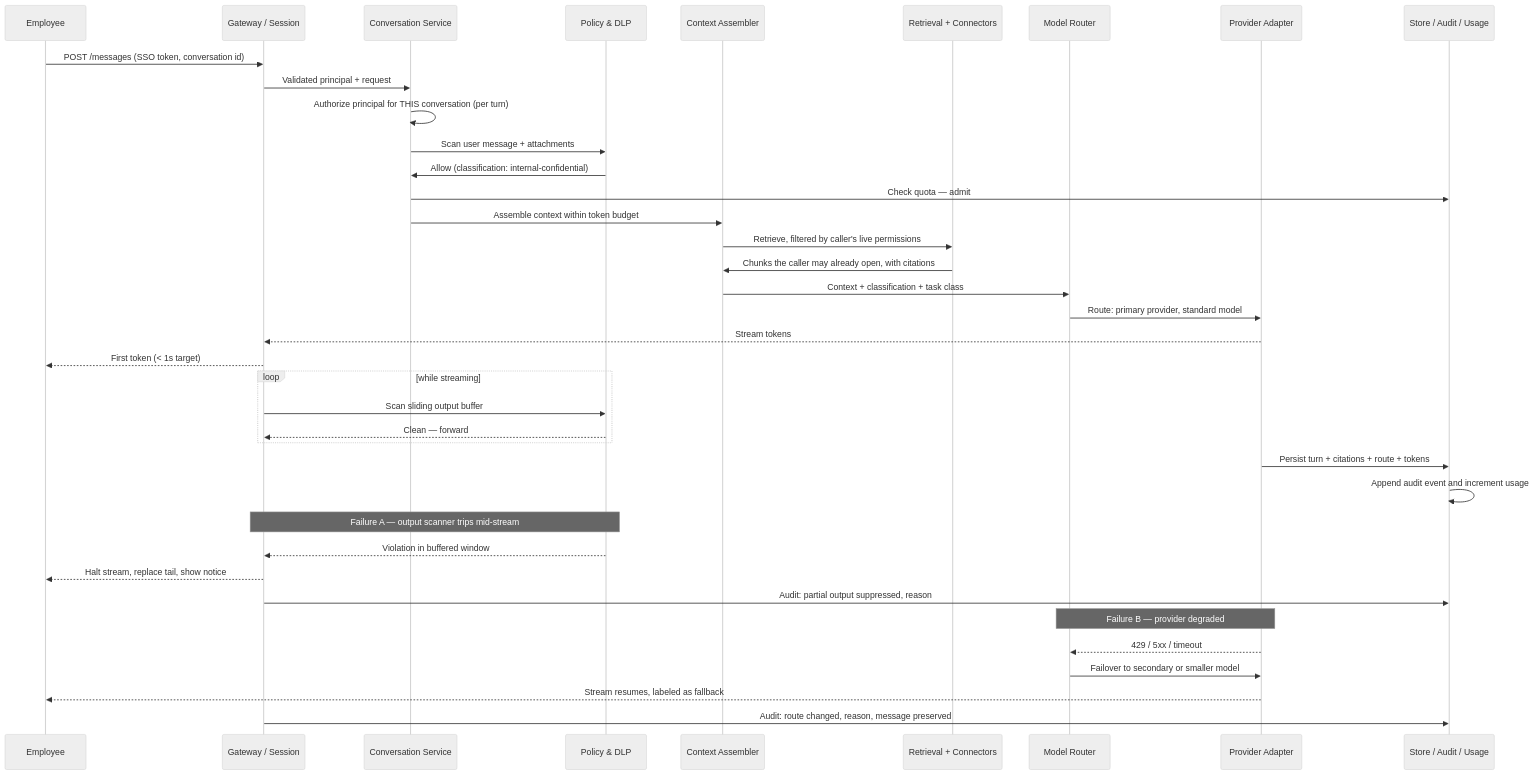
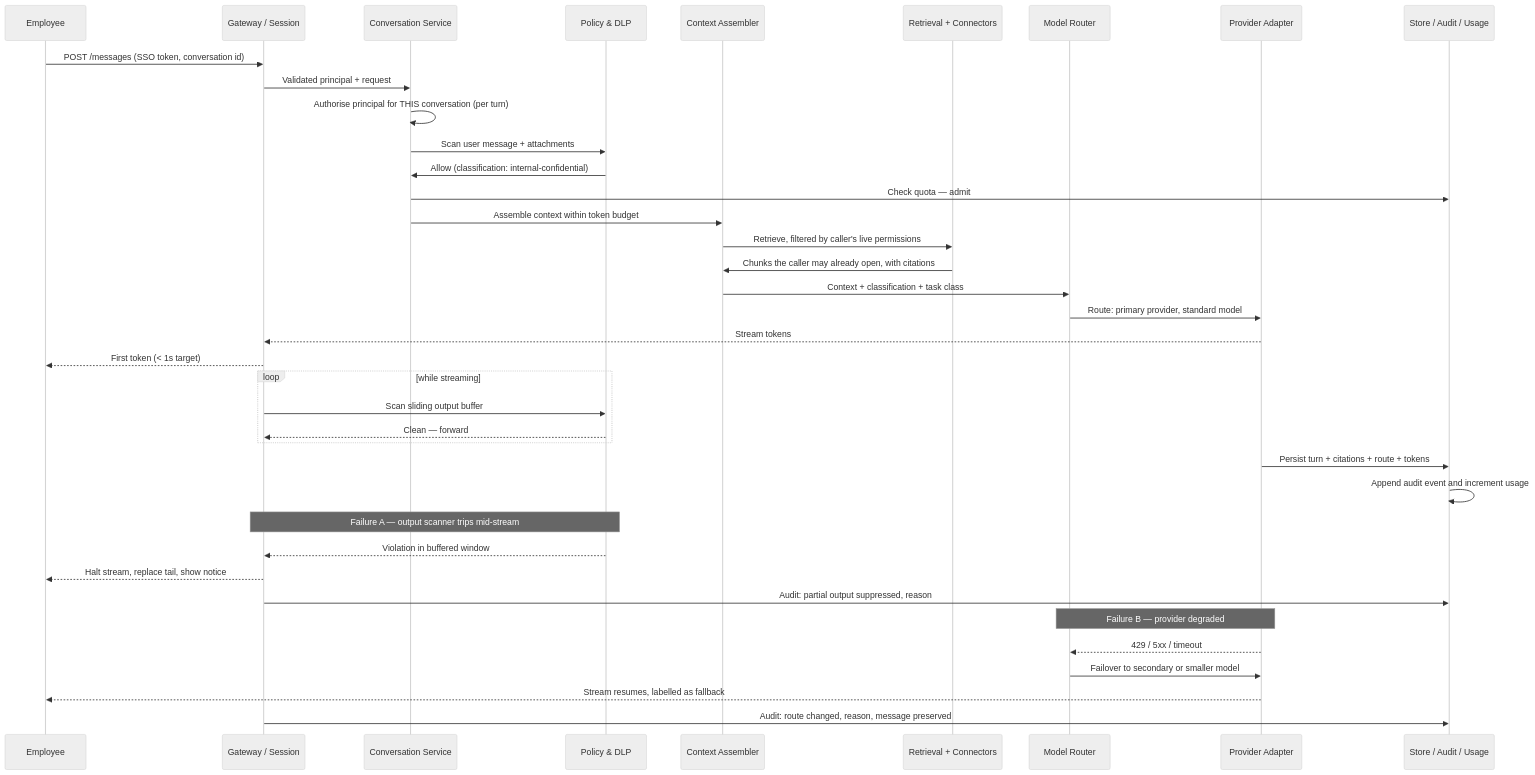
Before and after one commit to Sourav692/Forward-Deployed-Engineer-Interview-Prep: the second of 2 diagrams in site/content/modules/15-fde-case-studies/standalone-designs/enterprise-chatbot-platform/tutorial-v2-part-2.md, drawn with Mermaid (neutral theme). The commit also changed other lines of this file and 191 other files, not shown here.

First line of the commit message:
content: British spellings inside diagrams (AF-06)

````diff
--- a/site/content/modules/15-fde-case-studies/standalone-designs/enterprise-chatbot-platform/tutorial-v2-part-2.md
+++ b/site/content/modules/15-fde-case-studies/standalone-designs/enterprise-chatbot-platform/tutorial-v2-part-2.md
@@ -182,43 +182,43 @@
 ```mermaid
 sequenceDiagram
     participant U as Employee
     participant GW as Gateway / Session
     participant CS as Conversation Service
     participant P as Policy & DLP
     participant A as Context Assembler
     participant R as Retrieval + Connectors
     participant MR as Model Router
     participant PA as Provider Adapter
     participant ST as Store / Audit / Usage
 
     U->>GW: POST /messages (SSO token, conversation id)
     GW->>CS: Validated principal + request
-    CS->>CS: Authorize principal for THIS conversation (per turn)
+    CS->>CS: Authorise principal for THIS conversation (per turn)
     CS->>P: Scan user message + attachments
     P->>CS: Allow (classification: internal-confidential)
     CS->>ST: Check quota — admit
     CS->>A: Assemble context within token budget
     A->>R: Retrieve, filtered by caller's live permissions
     R->>A: Chunks the caller may already open, with citations
     A->>MR: Context + classification + task class
     MR->>PA: Route: primary provider, standard model
     PA-->>GW: Stream tokens
     GW-->>U: First token (< 1s target)
     loop while streaming
         GW->>P: Scan sliding output buffer
         P-->>GW: Clean — forward
     end
     PA->>ST: Persist turn + citations + route + tokens
     ST->>ST: Append audit event and increment usage
 
     Note over P,GW: Failure A — output scanner trips mid-stream
     P-->>GW: Violation in buffered window
     GW-->>U: Halt stream, replace tail, show notice
     GW->>ST: Audit: partial output suppressed, reason
 
     Note over PA,MR: Failure B — provider degraded
     PA-->>MR: 429 / 5xx / timeout
     MR->>PA: Failover to secondary or smaller model
-    PA-->>U: Stream resumes, labeled as fallback
+    PA-->>U: Stream resumes, labelled as fallback
     GW->>ST: Audit: route changed, reason, message preserved
 ```
````
